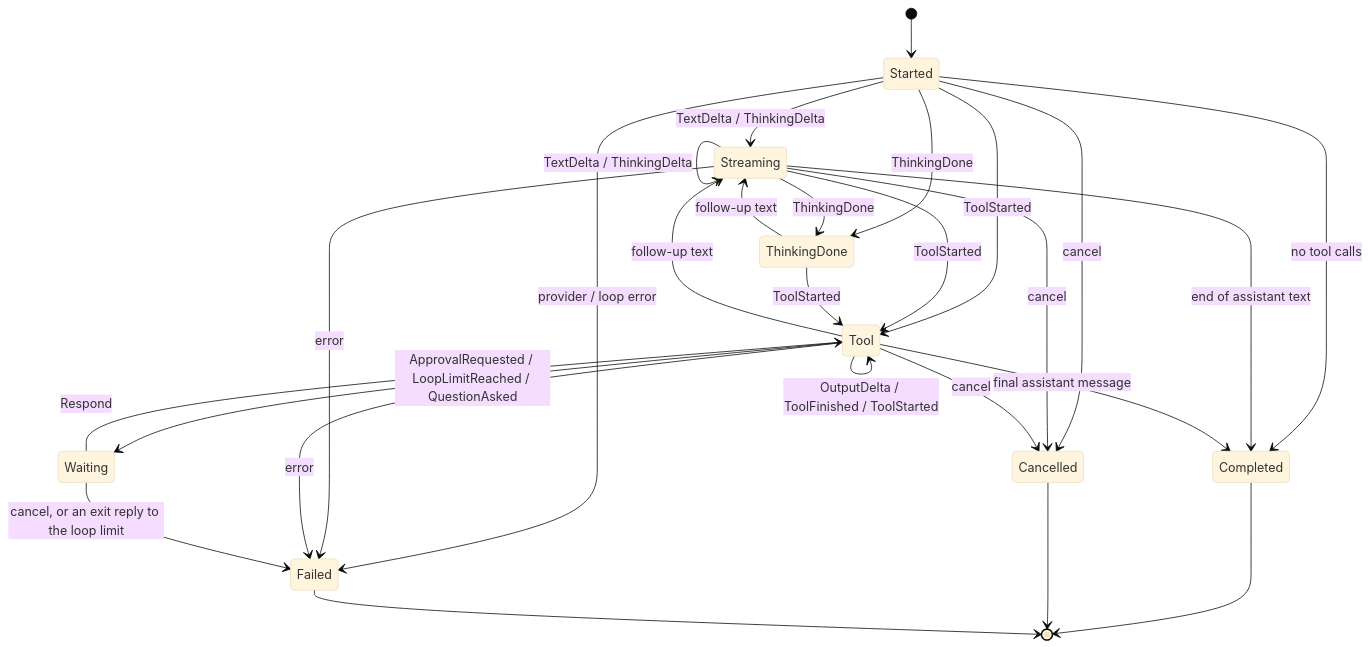
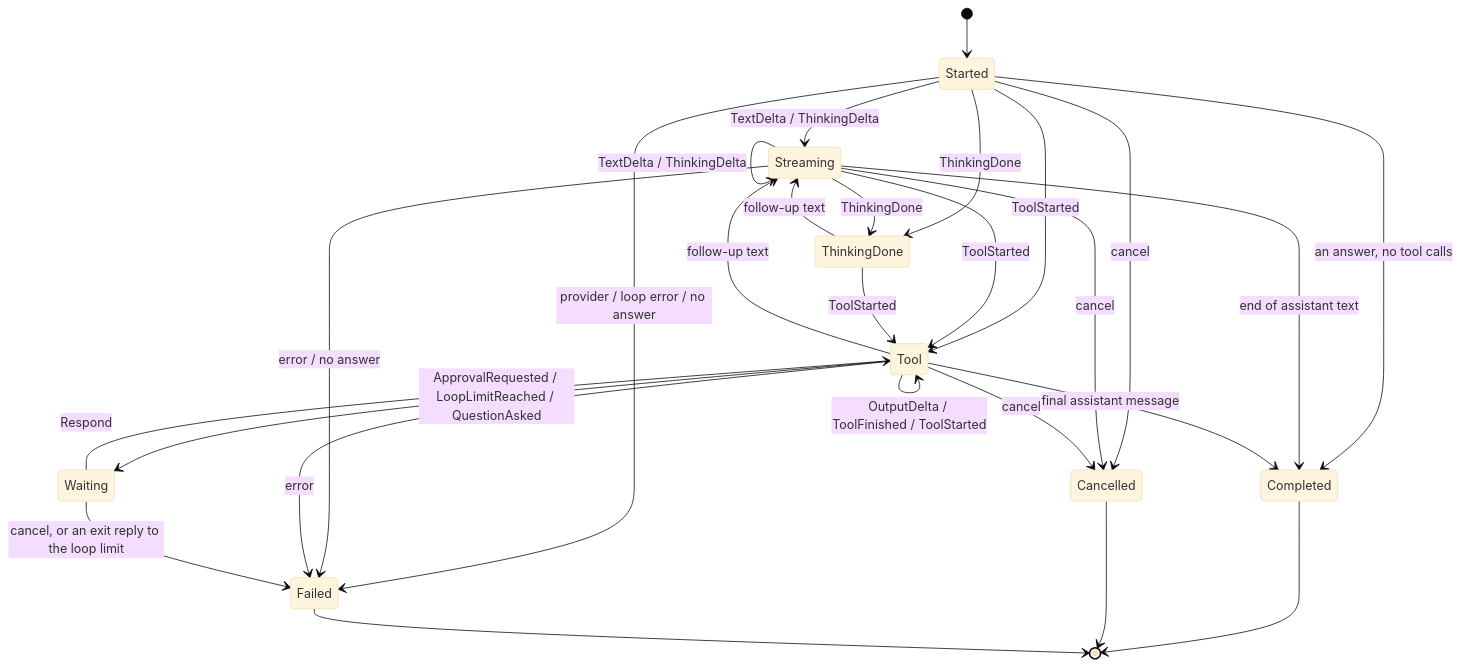
One commit to guuzaa/oven changed the second of 5 diagrams in docs/architectures.md. Above: the diagram before and after it, drawn with Mermaid (base theme). The commit also changed other lines of this file and 9 other files, not shown here.

````diff
--- a/docs/architectures.md
+++ b/docs/architectures.md
@@ -595,35 +595,35 @@
 ```mermaid
 stateDiagram-v2
     [*] --> Started
 
     Started --> Streaming: TextDelta / ThinkingDelta
     Started --> ThinkingDone: ThinkingDone
     Started --> Tool: ToolStarted
-    Started --> Completed: no tool calls
+    Started --> Completed: an answer, no tool calls
     Started --> Cancelled: cancel
-    Started --> Failed: provider / loop error
+    Started --> Failed: provider / loop error / no answer
 
     Streaming --> Streaming: TextDelta / ThinkingDelta
     Streaming --> ThinkingDone: ThinkingDone
     Streaming --> Tool: ToolStarted
     Streaming --> Completed: end of assistant text
     Streaming --> Cancelled: cancel
-    Streaming --> Failed: error
+    Streaming --> Failed: error / no answer
 
     ThinkingDone --> Streaming: follow-up text
     ThinkingDone --> Tool: ToolStarted
 
     Tool --> Tool: OutputDelta / ToolFinished / ToolStarted
     Tool --> Waiting: ApprovalRequested / LoopLimitReached / QuestionAsked
     Tool --> Streaming: follow-up text
     Tool --> Completed: final assistant message
     Tool --> Cancelled: cancel
     Tool --> Failed: error
 
     Waiting --> Tool: Respond
     Waiting --> Failed: cancel, or an exit reply to the loop limit
 
     Completed --> [*]
     Cancelled --> [*]
     Failed --> [*]
 ```
````
